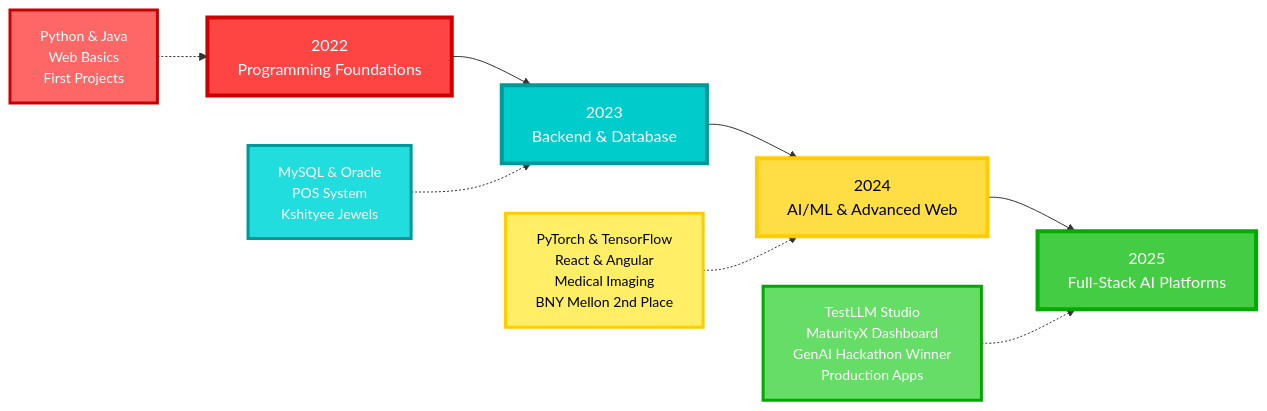
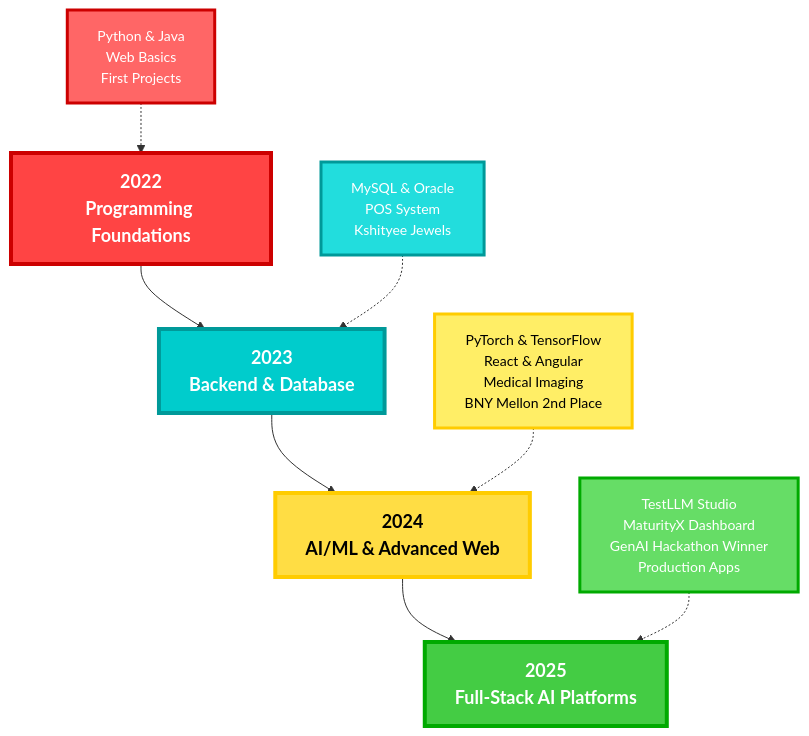
One commit to chinmayee-s-r/chinmayee-s-r changed the diagram in README.md. Above: the diagram before and after it, drawn with Mermaid. The commit also changed other lines of this file, not shown here.

Commit message:
Sequential graph.md

````diff
--- a/README.md
+++ b/README.md
@@ -22,20 +22,20 @@
 ```mermaid
-graph LR
-    A[2022<br/>Programming Foundations] --> B[2023<br/>Backend & Database]
-    B --> C[2024<br/>AI/ML & Advanced Web]
-    C --> D[2025<br/>Full-Stack AI Platforms]
+graph TD
+    A[<b>2022</b><br/>Programming Foundations] --> B[<b>2023</b><br/>Backend & Database]
+    B --> C[<b>2024</b><br/>AI/ML & Advanced Web]
+    C --> D[<b>2025</b><br/>Full-Stack AI Platforms]
     
     A1[Python & Java<br/>Web Basics<br/>First Projects] -.-> A
     B1[MySQL & Oracle<br/>POS System<br/>Kshityee Jewels] -.-> B
     C1[PyTorch & TensorFlow<br/>React & Angular<br/>Medical Imaging<br/>BNY Mellon 2nd Place] -.-> C
     D1[TestLLM Studio<br/>MaturityX Dashboard<br/>GenAI Hackathon Winner<br/>Production Apps] -.-> D
     
-    style A fill:#FF4444,stroke:#CC0000,stroke-width:4px,color:#fff,font-size:16px
-    style B fill:#00CCCC,stroke:#009999,stroke-width:4px,color:#fff,font-size:16px
-    style C fill:#FFDD44,stroke:#FFCC00,stroke-width:4px,color:#000,font-size:16px
-    style D fill:#44CC44,stroke:#00AA00,stroke-width:4px,color:#fff,font-size:16px
+    style A fill:#FF4444,stroke:#CC0000,stroke-width:4px,color:#fff,font-size:18px,font-weight:bold
+    style B fill:#00CCCC,stroke:#009999,stroke-width:4px,color:#fff,font-size:18px,font-weight:bold
+    style C fill:#FFDD44,stroke:#FFCC00,stroke-width:4px,color:#000,font-size:18px,font-weight:bold
+    style D fill:#44CC44,stroke:#00AA00,stroke-width:4px,color:#fff,font-size:18px,font-weight:bold
     style A1 fill:#FF6666,stroke:#CC0000,stroke-width:3px,color:#fff,font-size:14px
     style B1 fill:#22DDDD,stroke:#009999,stroke-width:3px,color:#fff,font-size:14px
     style C1 fill:#FFEE66,stroke:#FFCC00,stroke-width:3px,color:#000,font-size:14px
     style D1 fill:#66DD66,stroke:#00AA00,stroke-width:3px,color:#fff,font-size:14px
 ```
````
